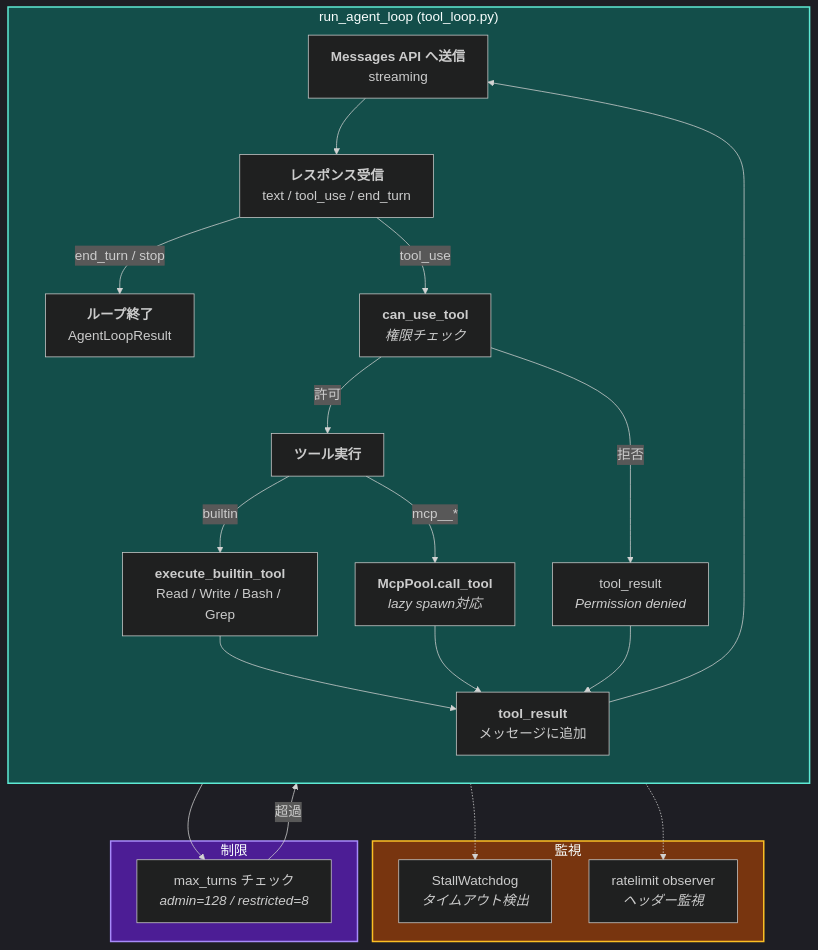
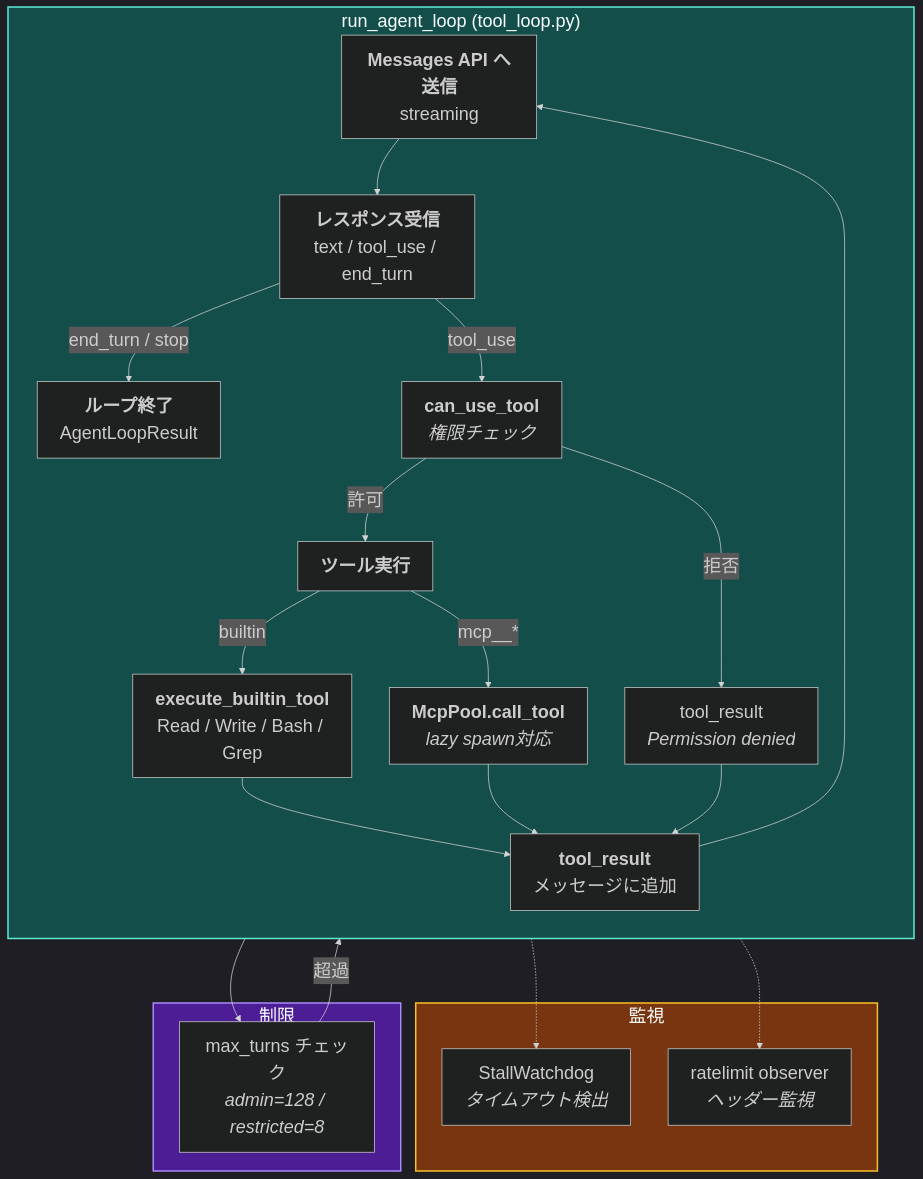
The fourth of 6 diagrams in content/products/discord-bot.md (haroin57/haroin57.com), drawn with Mermaid before and after one commit. The commit also changed other lines of this file, not shown here.

````diff
--- a/content/products/discord-bot.md
+++ b/content/products/discord-bot.md
@@ -684,60 +693,60 @@
 ```mermaid
 ---
 config:
   theme: dark
   themeVariables:
-    fontSize: 18px
+    fontSize: 24px
 ---
 flowchart TB
     subgraph Loop["run_agent_loop (tool_loop.py)"]
         direction TB
         SEND["`**Messages API へ送信**
         streaming`"]
         RECV["`**レスポンス受信**
         text / tool_use / end_turn`"]
 
         SEND --> RECV
 
         RECV -->|end_turn / stop| DONE["`**ループ終了**
         AgentLoopResult`"]
         RECV -->|tool_use| GATE["`**can_use_tool**
         *権限チェック*`"]
         
         GATE -->|許可| EXEC["`**ツール実行**`"]
         GATE -->|拒否| SKIP["`tool_result
         *Permission denied*`"]
 
         EXEC -->|builtin| BUILTIN["`**execute_builtin_tool**
         Read / Write / Bash / Grep`"]
         EXEC -->|mcp__*| MCPTOOL["`**McpPool.call_tool**
         *lazy spawn対応*`"]
 
         BUILTIN --> RESULT["`**tool_result**
         メッセージに追加`"]
         MCPTOOL --> RESULT
         SKIP --> RESULT
         RESULT --> SEND
     end
 
     subgraph Watch["監視"]
         STALL["`StallWatchdog
         *タイムアウト検出*`"]
         RL["`ratelimit observer
         *ヘッダー監視*`"]
     end
 
     SEND -.-> STALL
     RECV -.-> RL
 
     subgraph Limits["制限"]
         MAX["`max_turns チェック
         *admin=128 / restricted=8*`"]
     end
 
     RESULT --> MAX
     MAX -->|超過| DONE
 
     style Loop fill:#134e4a,stroke:#5eead4,stroke-width:2px
     style Watch fill:#78350f,stroke:#fbbf24,stroke-width:2px
     style Limits fill:#4c1d95,stroke:#a78bfa,stroke-width:2px
 ```
````
